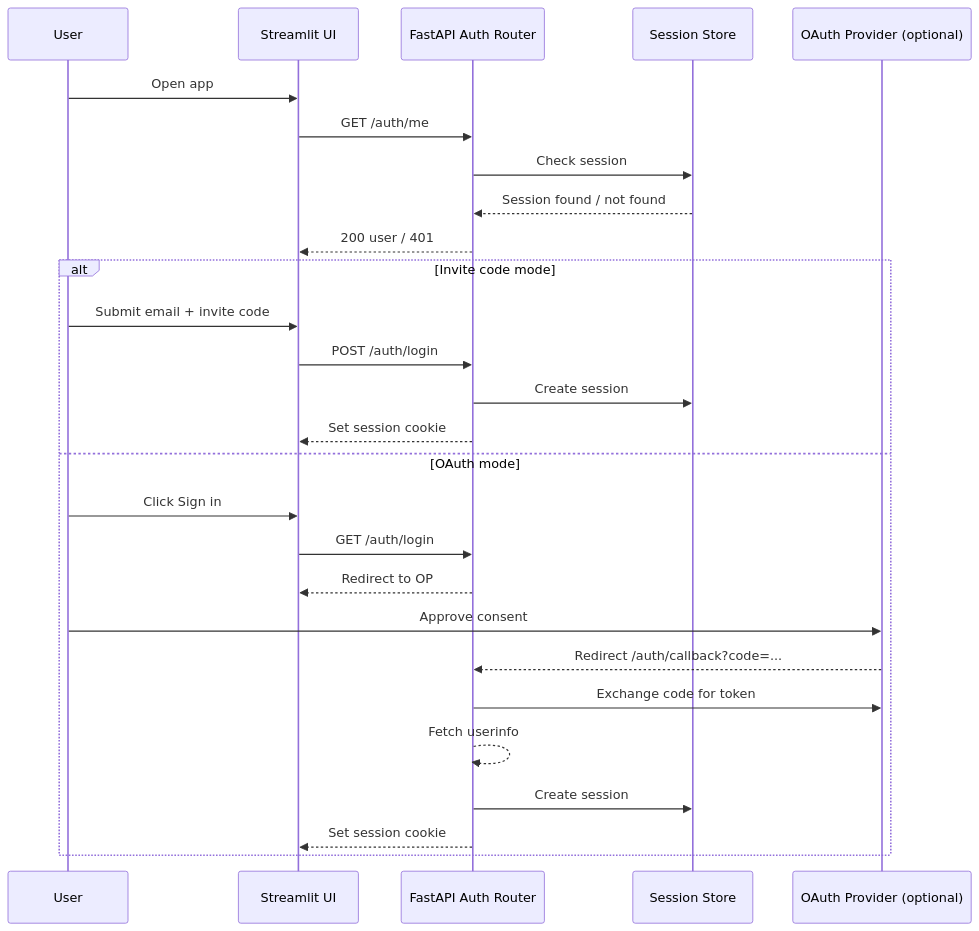
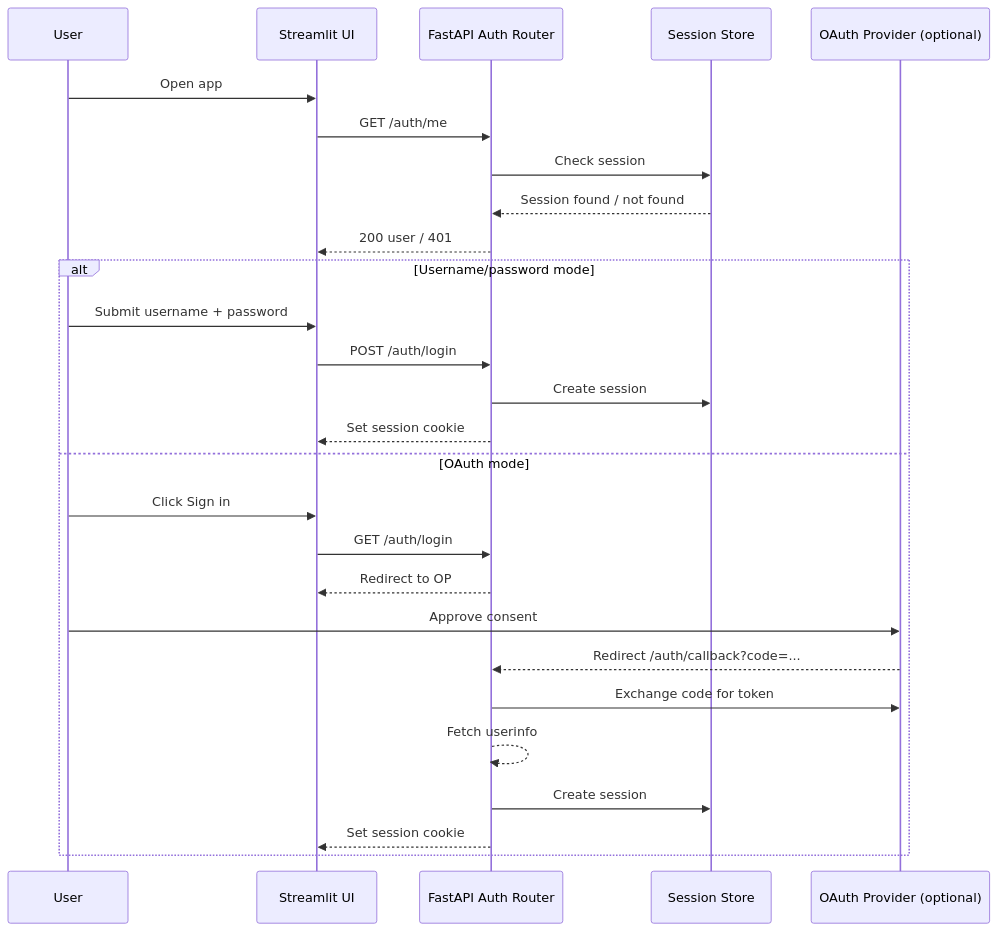
The second of 2 diagrams in docs/architecture.md (JustinMelger/Upstream), drawn with Mermaid before and after one commit. The commit also changed 28 other files, not shown here.

````diff
--- a/docs/architecture.md
+++ b/docs/architecture.md
@@ -37,31 +37,31 @@
 ```mermaid
 sequenceDiagram
   participant U as User
   participant UI as Streamlit UI
   participant API as FastAPI Auth Router
   participant S as Session Store
   participant OP as OAuth Provider (optional)
 
   U->>UI: Open app
   UI->>API: GET /auth/me
   API->>S: Check session
   S-->>API: Session found / not found
   API-->>UI: 200 user / 401
 
-  alt Invite code mode
-    U->>UI: Submit email + invite code
+  alt Username/password mode
+    U->>UI: Submit username + password
     UI->>API: POST /auth/login
     API->>S: Create session
     API-->>UI: Set session cookie
   else OAuth mode
     U->>UI: Click Sign in
     UI->>API: GET /auth/login
     API-->>UI: Redirect to OP
     U->>OP: Approve consent
     OP-->>API: Redirect /auth/callback?code=...
     API->>OP: Exchange code for token
     API-->>API: Fetch userinfo
     API->>S: Create session
     API-->>UI: Set session cookie
   end
 ```
````
